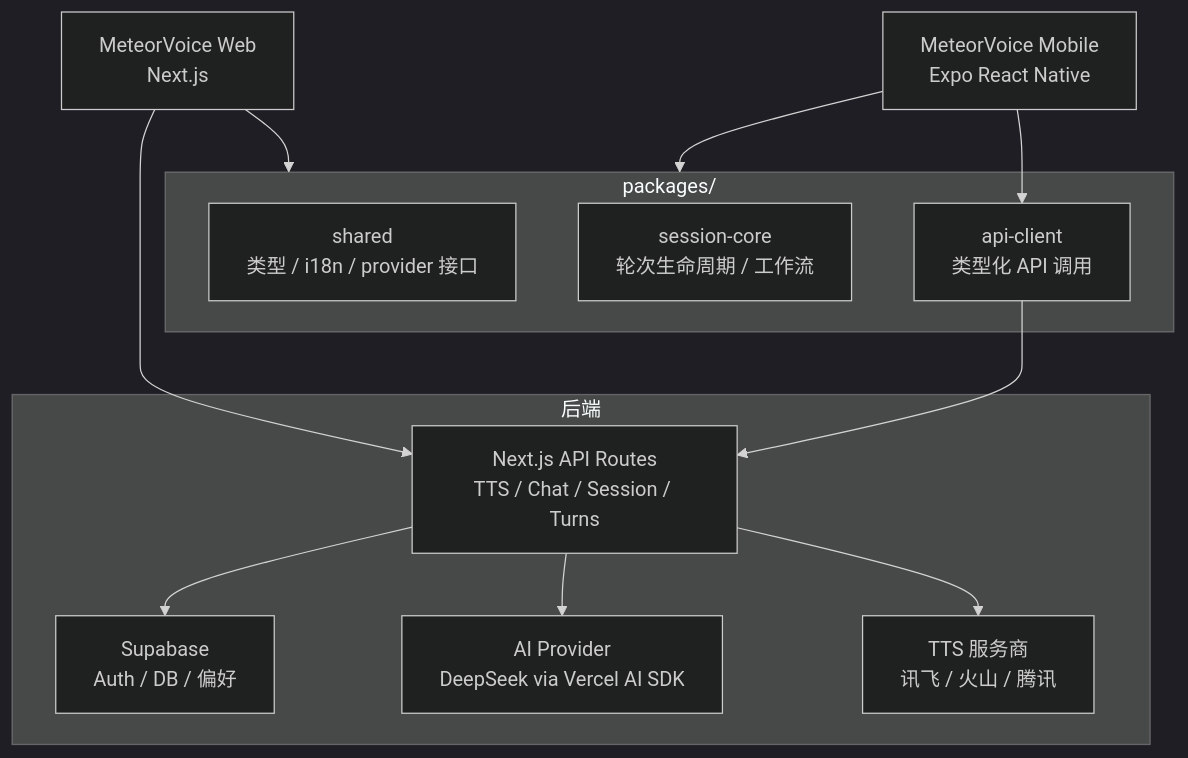
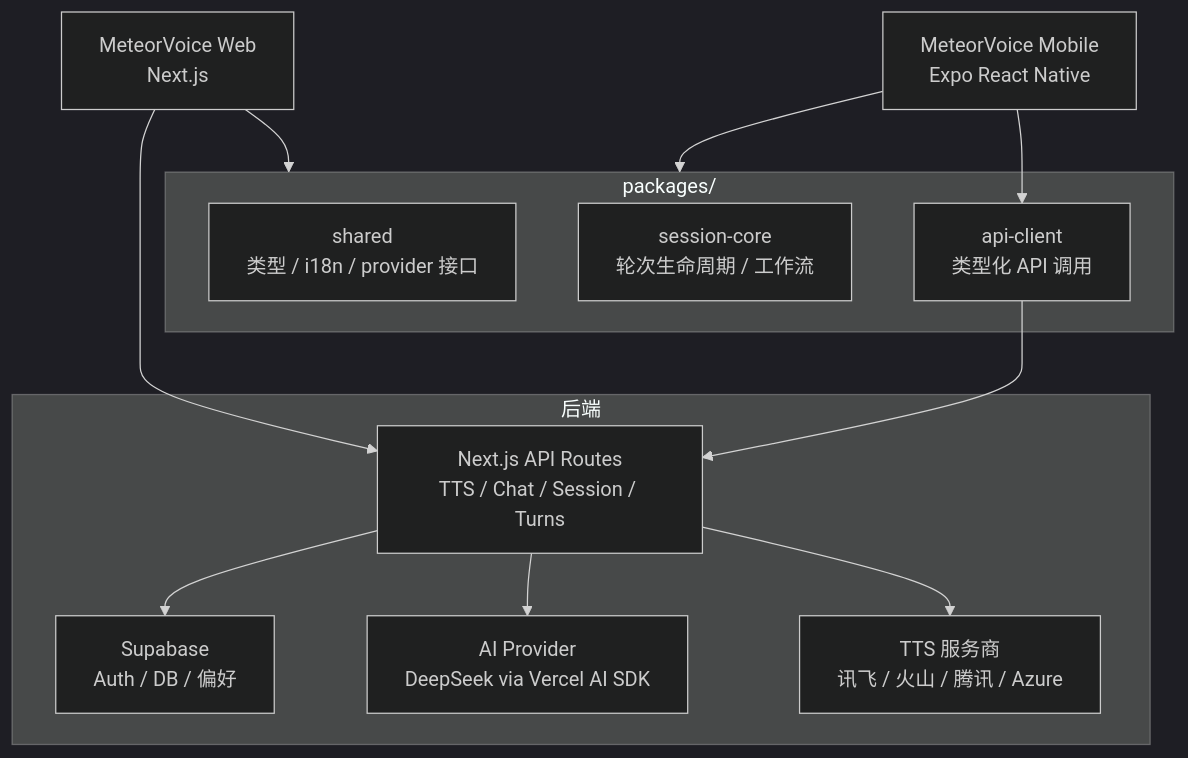
The second of 3 diagrams in README.zh-CN.md (JunchenMeteor/MeteorVoice), drawn with Mermaid (dark theme) before and after one commit. The commit also changed other lines of this file and 9 other files, not shown here.

Commit message:
Add Azure Neural TTS provider with full accent support

````diff
--- a/README.zh-CN.md
+++ b/README.zh-CN.md
@@ -82,27 +82,27 @@
 ```mermaid
 flowchart TB
     Web[MeteorVoice Web<br/>Next.js]
     Mobile[MeteorVoice Mobile<br/>Expo React Native]
 
     subgraph Platform[后端]
         API[Next.js API Routes<br/>TTS / Chat / Session / Turns]
         Supabase[Supabase<br/>Auth / DB / 偏好]
         AI[AI Provider<br/>DeepSeek via Vercel AI SDK]
-        TTS[TTS 服务商<br/>讯飞 / 火山 / 腾讯]
+        TTS[TTS 服务商<br/>讯飞 / 火山 / 腾讯 / Azure]
     end
 
     subgraph Shared[packages/]
         SharedPkg[shared<br/>类型 / i18n / provider 接口]
         SessionCore[session-core<br/>轮次生命周期 / 工作流]
         APIClient[api-client<br/>类型化 API 调用]
     end
 
     Web --> API
     Mobile --> APIClient
     APIClient --> API
     API --> Supabase
     API --> AI
     API --> TTS
     Web --> Shared
     Mobile --> Shared
 ```
````
